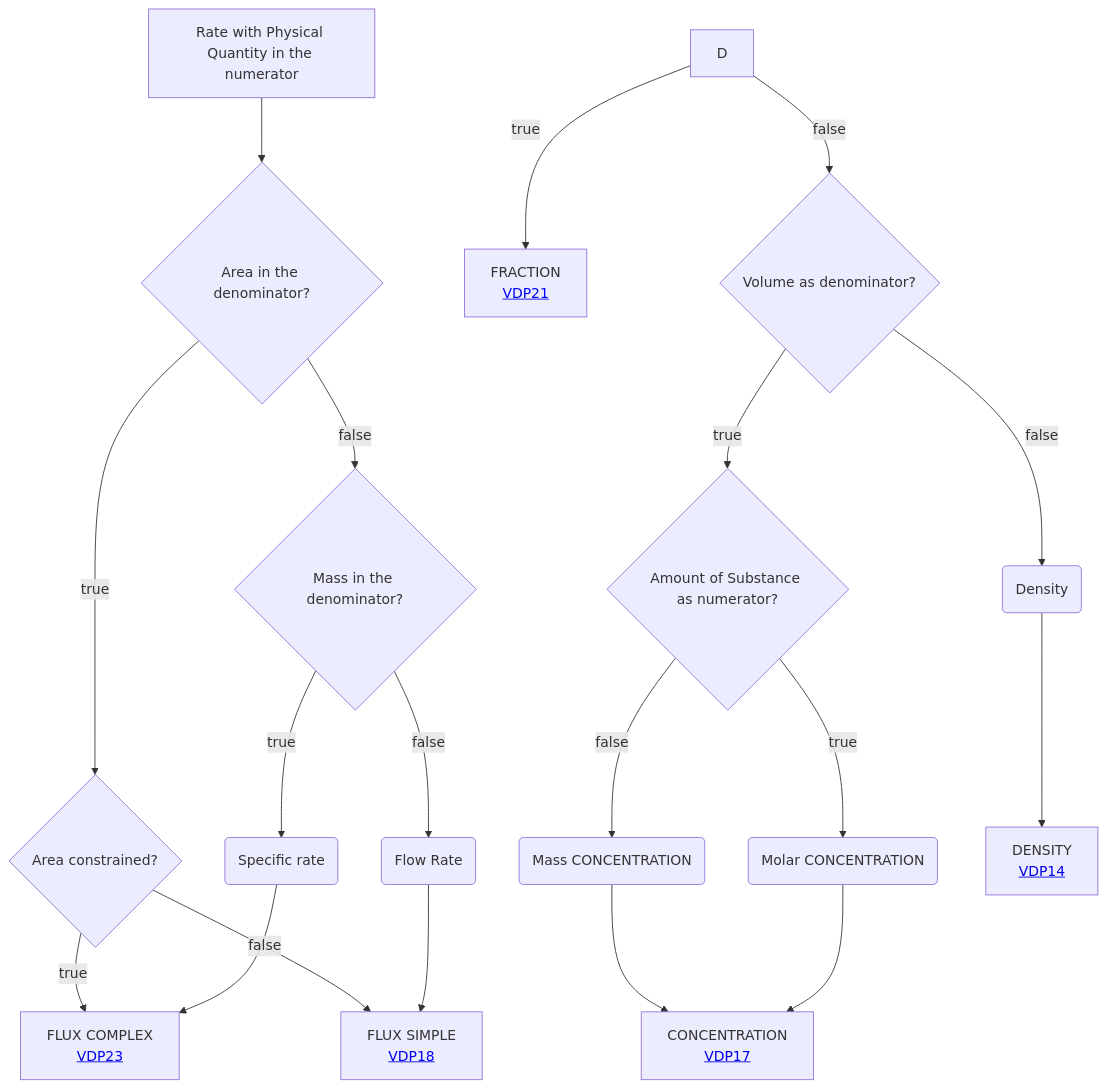
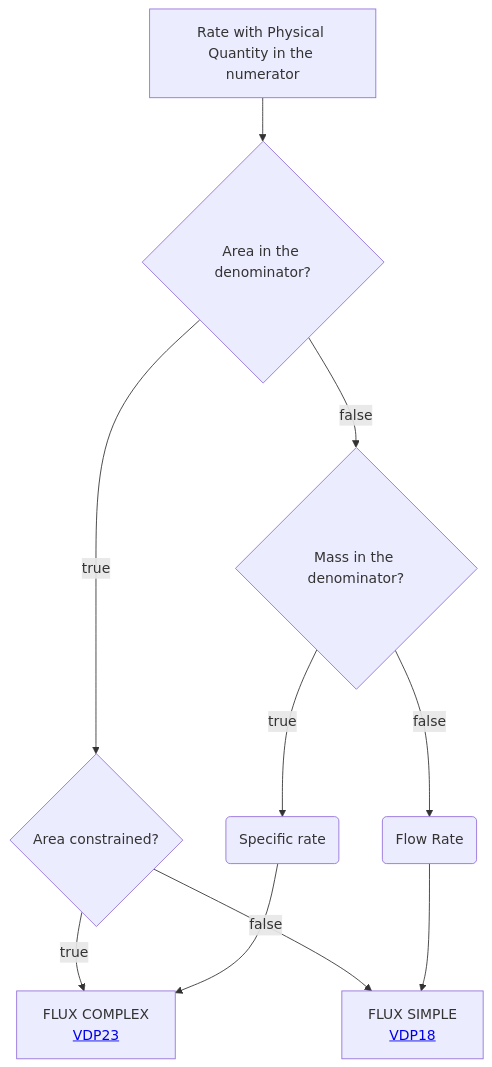
The diagram in Decisition_trees/DT3.mmd (mabablue/I-ADOPT-patterns-playground), drawn with Mermaid before and after one commit.

Commit message:
Remove nodes related to concentration and density
Removed various nodes and links related to concentration and density.

```diff
--- a/Decisition_trees/DT3.mmd
+++ b/Decisition_trees/DT3.mmd
@@ -1,19 +1,10 @@
 flowchart TD
     A[Rate with Physical Quantity in the numerator] --> E{Area in the denominator?}
     E --> |true|F{Area constrained?}
     E --> |false|K{Mass in the denominator?} 
     F --> |true|G[FLUX COMPLEX <br> <a href='https://github.com/mabablue/I-ADOPT-patterns-playground/blob/main/pattern/VDP23.yaml'>VDP23</a>]
     F --> |false|H[FLUX SIMPLE <br> <a href='https://github.com/mabablue/I-ADOPT-patterns-playground/blob/main/pattern/VDP18.yaml'>VDP18</a>]
     K --> |true|L(Specific rate)
     L --> G
     K --> |false|M(Flow Rate)
     M --> H
-    D --> |true|J[FRACTION <br> <a href='https://github.com/mabablue/I-ADOPT-patterns-playground/blob/main/pattern/VDP21.yaml'>VDP21</a>]
-    D --> |false|P{Volume as denominator?}
-    P --> |true|Q{Amount of Substance as numerator?}
-    Q --> |true|R(Molar CONCENTRATION)
-    Q --> |false|S(Mass CONCENTRATION)
-    P --> |false|U(Density)
-    S --> T[CONCENTRATION <br> <a href='https://github.com/mabablue/I-ADOPT-patterns-playground/blob/main/pattern/VDP17.yaml'>VDP17</a>]
-    R --> T
-    U --> V[DENSITY <br> <a href='https://github.com/mabablue/I-ADOPT-patterns-playground/blob/main/pattern/VDP14.yaml'>VDP14</a>]
```
